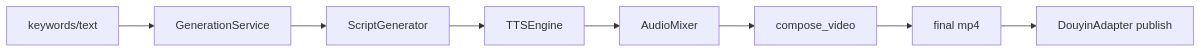
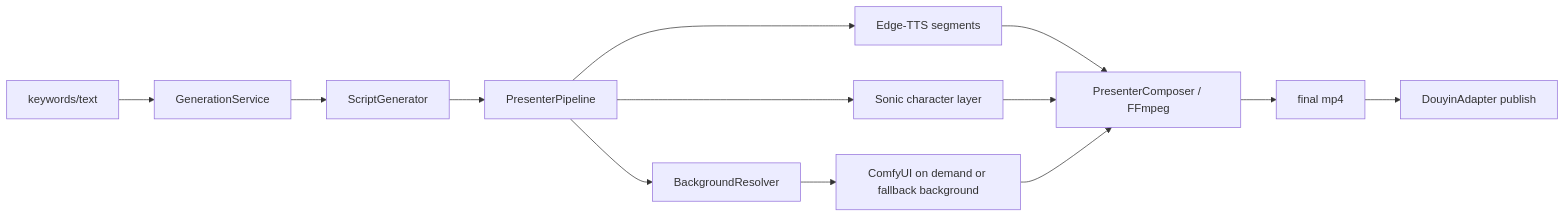
Before and after one commit to chahax/ai_douyin: the second of 2 diagrams in docs/SYSTEM_ARCHITECTURE.md, drawn with Mermaid. The commit also changed other lines of this file and 21 other files, not shown here.

Commit message:
Update presenter pipeline and docs

````diff
--- a/docs/SYSTEM_ARCHITECTURE.md
+++ b/docs/SYSTEM_ARCHITECTURE.md
@@ -73,10 +74,15 @@
 ```mermaid
 flowchart LR
     A["keywords/text"] --> B["GenerationService"]
     B --> C["ScriptGenerator"]
-    C --> D["TTSEngine"]
-    D --> E["AudioMixer"]
-    E --> F["compose_video"]
-    F --> G["final mp4"]
-    G --> H["DouyinAdapter publish"]
+    C --> D["PresenterPipeline"]
+    D --> E["Edge-TTS segments"]
+    D --> F["Sonic character layer"]
+    D --> G["BackgroundResolver"]
+    G --> H["ComfyUI on demand or fallback background"]
+    E --> I["PresenterComposer / FFmpeg"]
+    F --> I
+    H --> I
+    I --> J["final mp4"]
+    J --> K["DouyinAdapter publish"]
 ```
````
